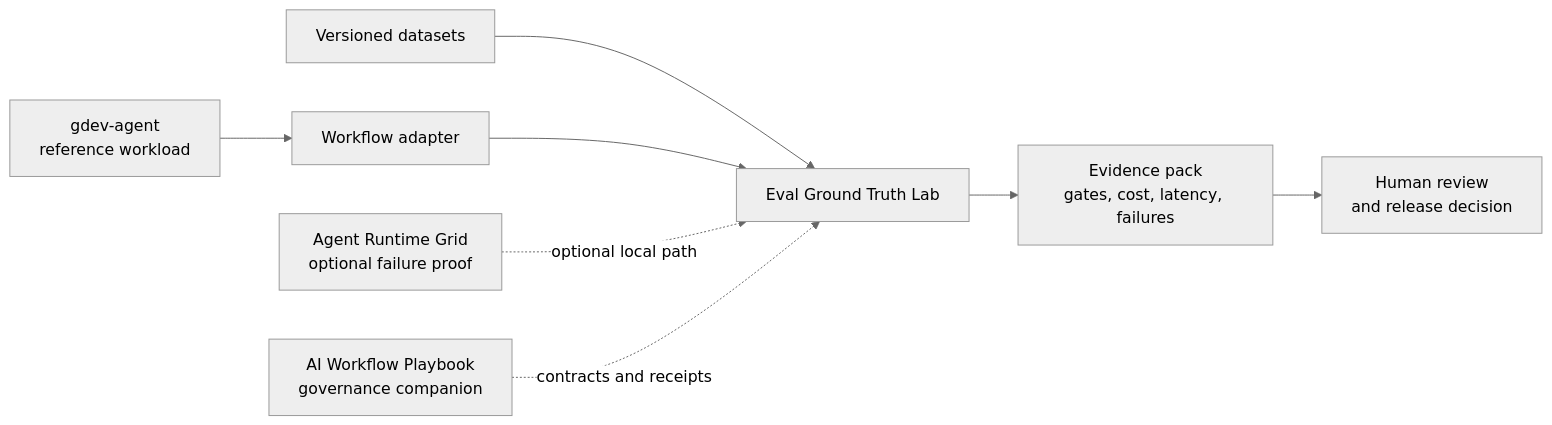
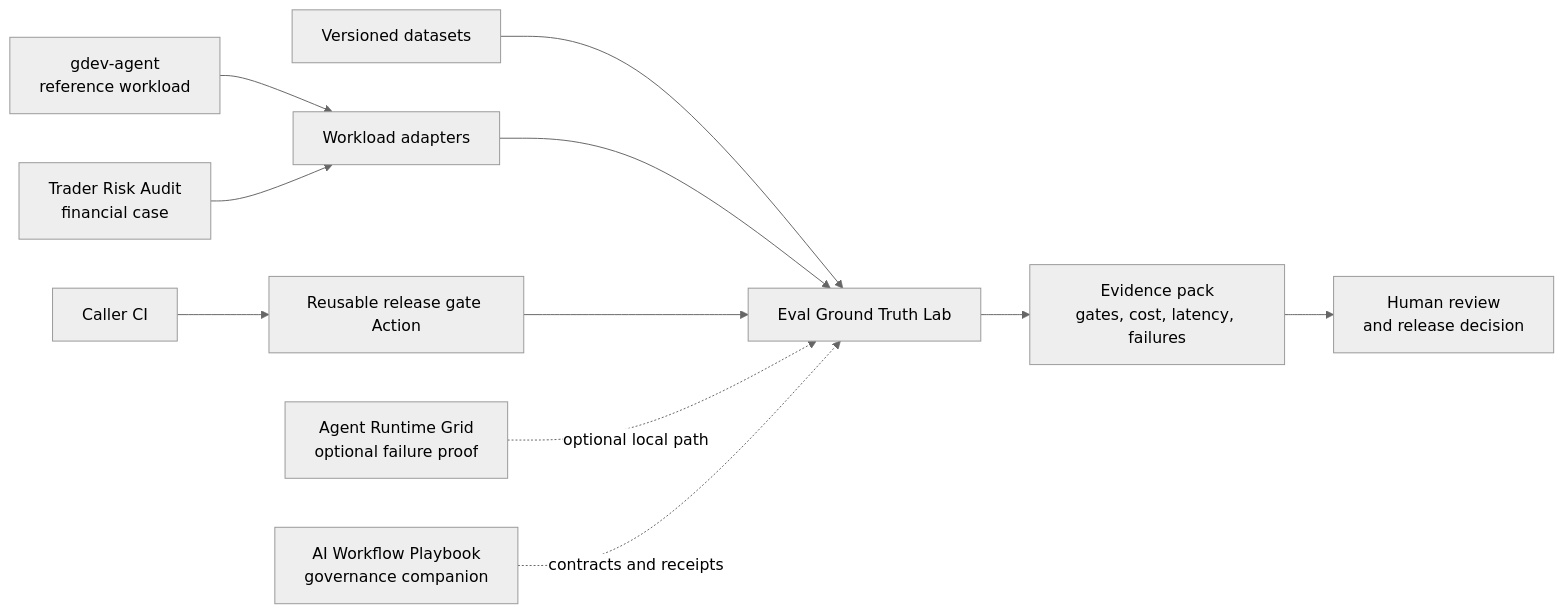
The diagram in README.md (ashishki/ashishki), drawn with Mermaid (neutral theme) before and after one commit. The commit also changed other lines of this file, not shown here.

Commit message:
docs: publish release-aligned portfolio profile

````diff
--- a/README.md
+++ b/README.md
@@ -31,10 +32,13 @@
 ```mermaid
 flowchart LR
     D[Versioned datasets] --> E[Eval Ground Truth Lab]
-    G[gdev-agent\nreference workload] --> X[Workflow adapter]
+    G[gdev-agent\nreference workload] --> X[Workload adapters]
+    T[Trader Risk Audit\nfinancial case] --> X
     X --> E
+    C[Caller CI] --> Q[Reusable release gate Action]
+    Q --> E
     R[Agent Runtime Grid\noptional failure proof] -. optional local path .-> E
     E --> P[Evidence pack\ngates, cost, latency, failures]
     P --> H[Human review\nand release decision]
     W[AI Workflow Playbook\ngovernance companion] -. contracts and receipts .-> E
 ```
````
